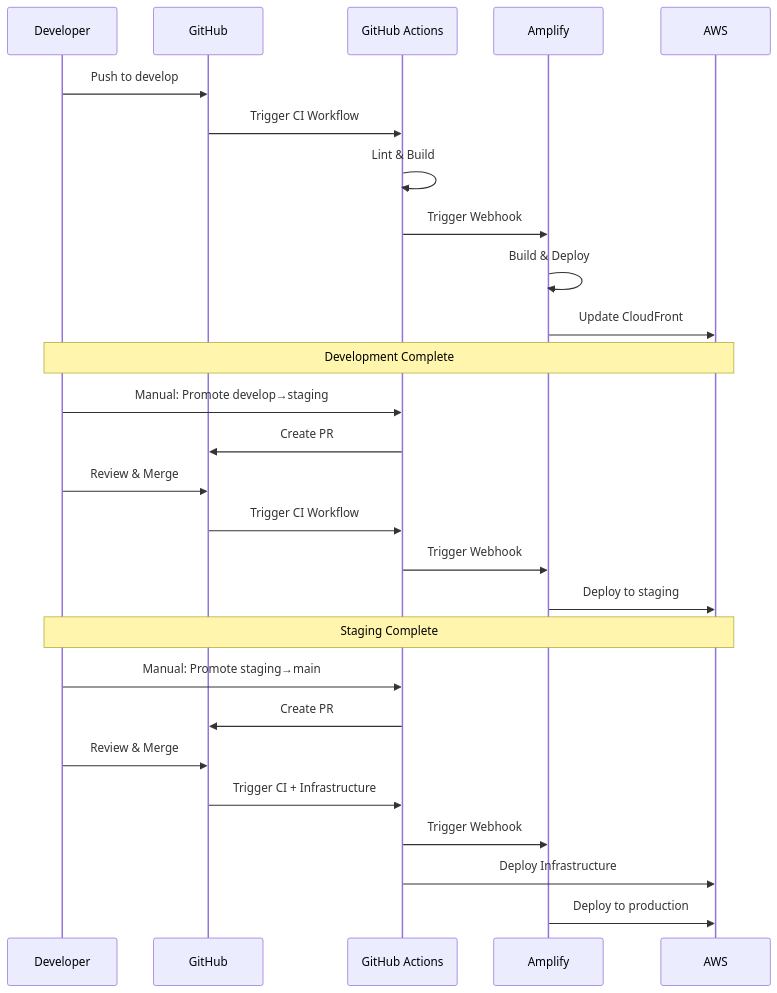
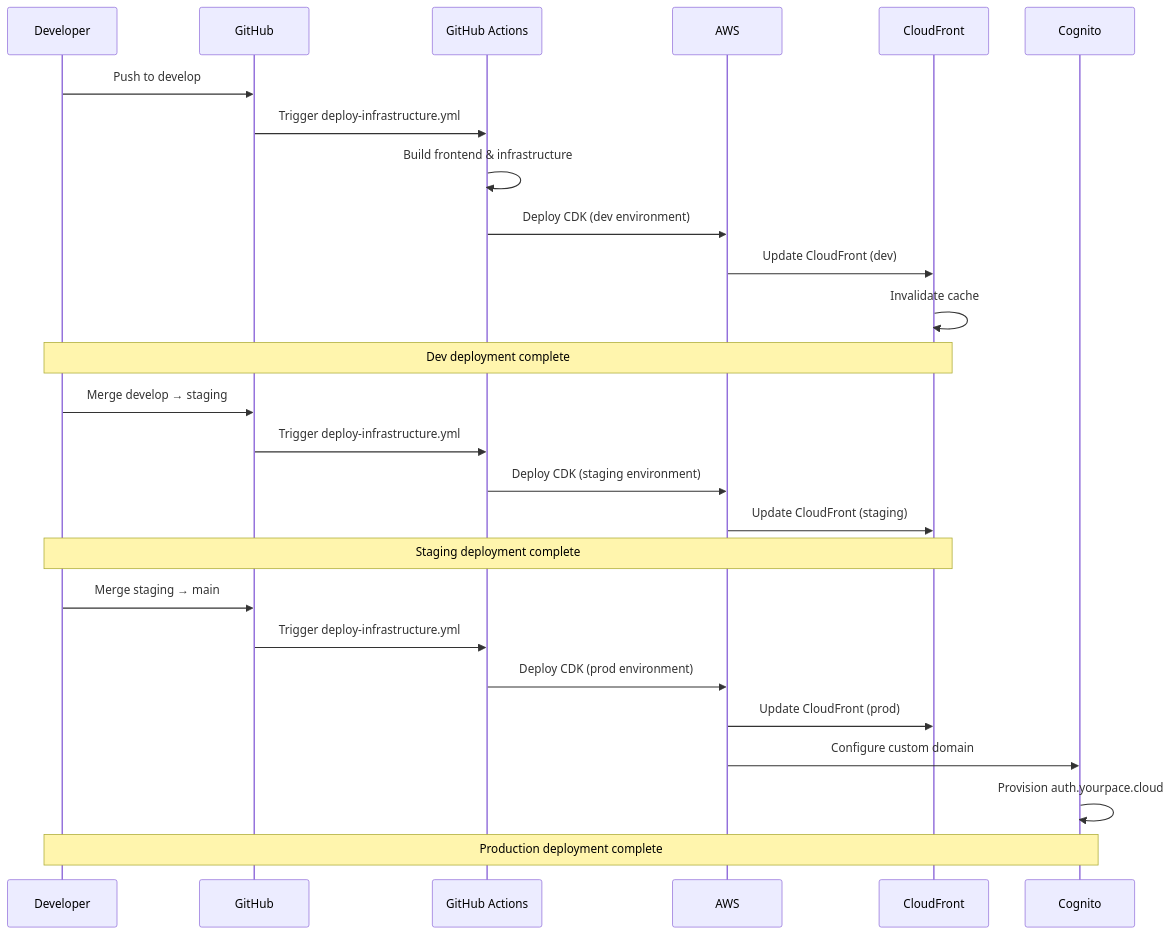
The fourth of 4 diagrams in README.md (DigiAye/yourpace), drawn with Mermaid before and after one commit. The commit also changed other lines of this file and 16 other files, not shown here.

````diff
--- a/README.md
+++ b/README.md
@@ -122,34 +149,34 @@
 ```mermaid
 sequenceDiagram
     participant Dev as Developer
     participant GH as GitHub
     participant GHA as GitHub Actions
-    participant Amp as Amplify
     participant AWS as AWS
+    participant CF as CloudFront
+    participant Cognito as Cognito
 
     Dev->>GH: Push to develop
-    GH->>GHA: Trigger CI Workflow
-    GHA->>GHA: Lint & Build
-    GHA->>Amp: Trigger Webhook
-    Amp->>Amp: Build & Deploy
-    Amp->>AWS: Update CloudFront
+    GH->>GHA: Trigger deploy-infrastructure.yml
+    GHA->>GHA: Build frontend & infrastructure
+    GHA->>AWS: Deploy CDK (dev environment)
+    AWS->>CF: Update CloudFront (dev)
+    CF->>CF: Invalidate cache
     
-    Note over Dev,AWS: Development Complete
+    Note over Dev,CF: Dev deployment complete
     
-    Dev->>GHA: Manual: Promote develop→staging
-    GHA->>GH: Create PR
-    Dev->>GH: Review & Merge
-    GH->>GHA: Trigger CI Workflow
-    GHA->>Amp: Trigger Webhook
-    Amp->>AWS: Deploy to staging
+    Dev->>GH: Merge develop → staging
+    GH->>GHA: Trigger deploy-infrastructure.yml
+    GHA->>AWS: Deploy CDK (staging environment)
+    AWS->>CF: Update CloudFront (staging)
     
-    Note over Dev,AWS: Staging Complete
+    Note over Dev,CF: Staging deployment complete
     
-    Dev->>GHA: Manual: Promote staging→main
-    GHA->>GH: Create PR
-    Dev->>GH: Review & Merge
-    GH->>GHA: Trigger CI + Infrastructure
-    GHA->>Amp: Trigger Webhook
-    GHA->>AWS: Deploy Infrastructure
-    Amp->>AWS: Deploy to production
+    Dev->>GH: Merge staging → main
+    GH->>GHA: Trigger deploy-infrastructure.yml
+    GHA->>AWS: Deploy CDK (prod environment)
+    AWS->>CF: Update CloudFront (prod)
+    AWS->>Cognito: Configure custom domain
+    Cognito->>Cognito: Provision auth.yourpace.cloud
+    
+    Note over Dev,Cognito: Production deployment complete
 ```
````
